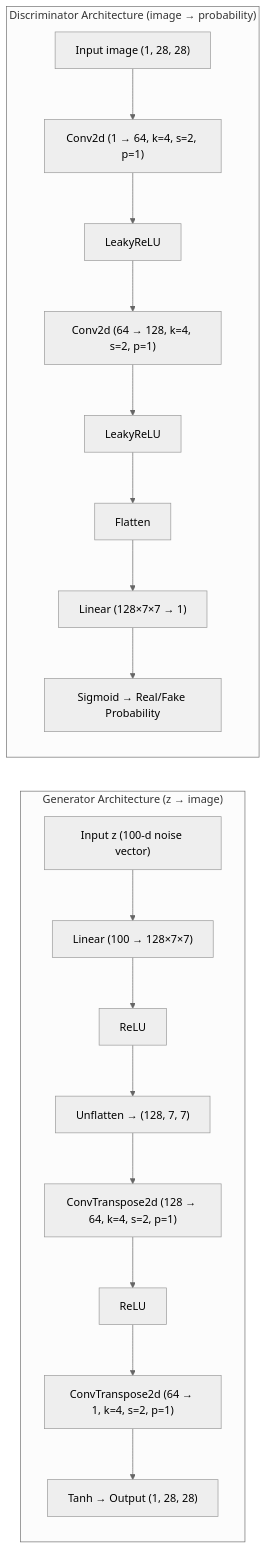
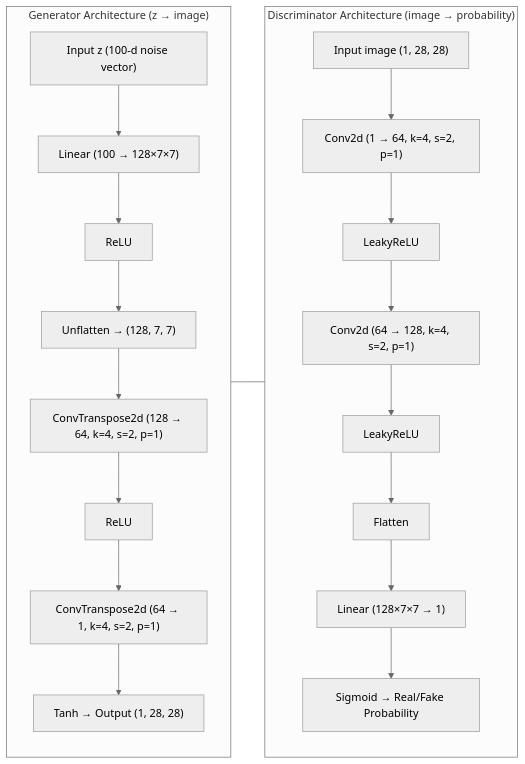
Before and after one commit to LaxmiVarshithaCH/Synthetic-Digits-Generator-VanillaGAN: the diagram in README.md, drawn with Mermaid (neutral theme). The commit also changed other lines of this file, not shown here.

````diff
--- a/README.md
+++ b/README.md
@@ -103,37 +103,42 @@
 ```mermaid
 flowchart LR
+
     %% =========================
-    %% Generator (Vertical)
+    %% Generator (LEFT)
     %% =========================
     subgraph G["Generator Architecture (z → image)"]
         direction TB
         Z["Input z (100-d noise vector)"]
         L1["Linear (100 → 128×7×7)"]
         A1["ReLU"]
         U1["Unflatten → (128, 7, 7)"]
         CT1["ConvTranspose2d (128 → 64, k=4, s=2, p=1)"]
         A2["ReLU"]
         CT2["ConvTranspose2d (64 → 1, k=4, s=2, p=1)"]
         A3["Tanh → Output (1, 28, 28)"]
 
         Z --> L1 --> A1 --> U1 --> CT1 --> A2 --> CT2 --> A3
     end
 
     %% =========================
-    %% Discriminator (Vertical)
+    %% Discriminator (RIGHT)
     %% =========================
     subgraph D["Discriminator Architecture (image → probability)"]
         direction TB
         X["Input image (1, 28, 28)"]
         C1["Conv2d (1 → 64, k=4, s=2, p=1)"]
         D1["LeakyReLU"]
         C2["Conv2d (64 → 128, k=4, s=2, p=1)"]
         D2["LeakyReLU"]
         F1["Flatten"]
         L2["Linear (128×7×7 → 1)"]
         A4["Sigmoid → Real/Fake Probability"]
 
         X --> C1 --> D1 --> C2 --> D2 --> F1 --> L2 --> A4
     end
 
+    %% Invisible edge to force horizontal layout
+    G --- D
+
+
 ```
````
